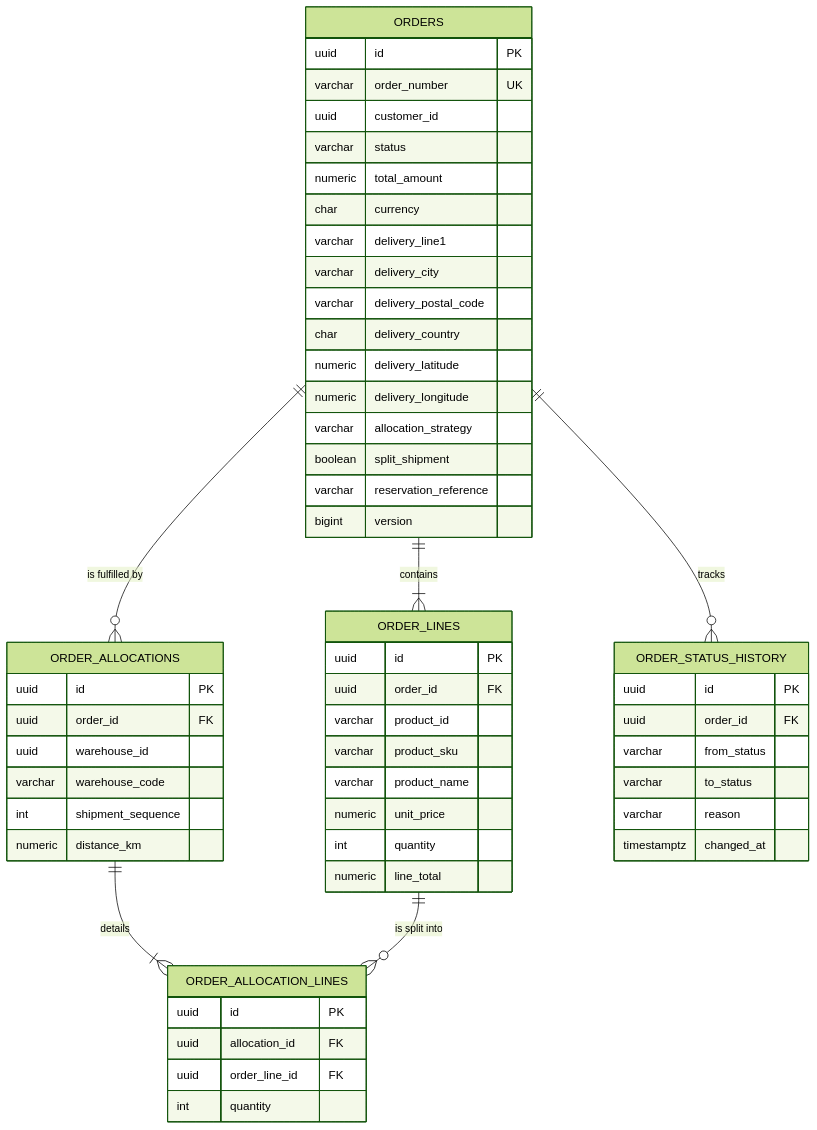
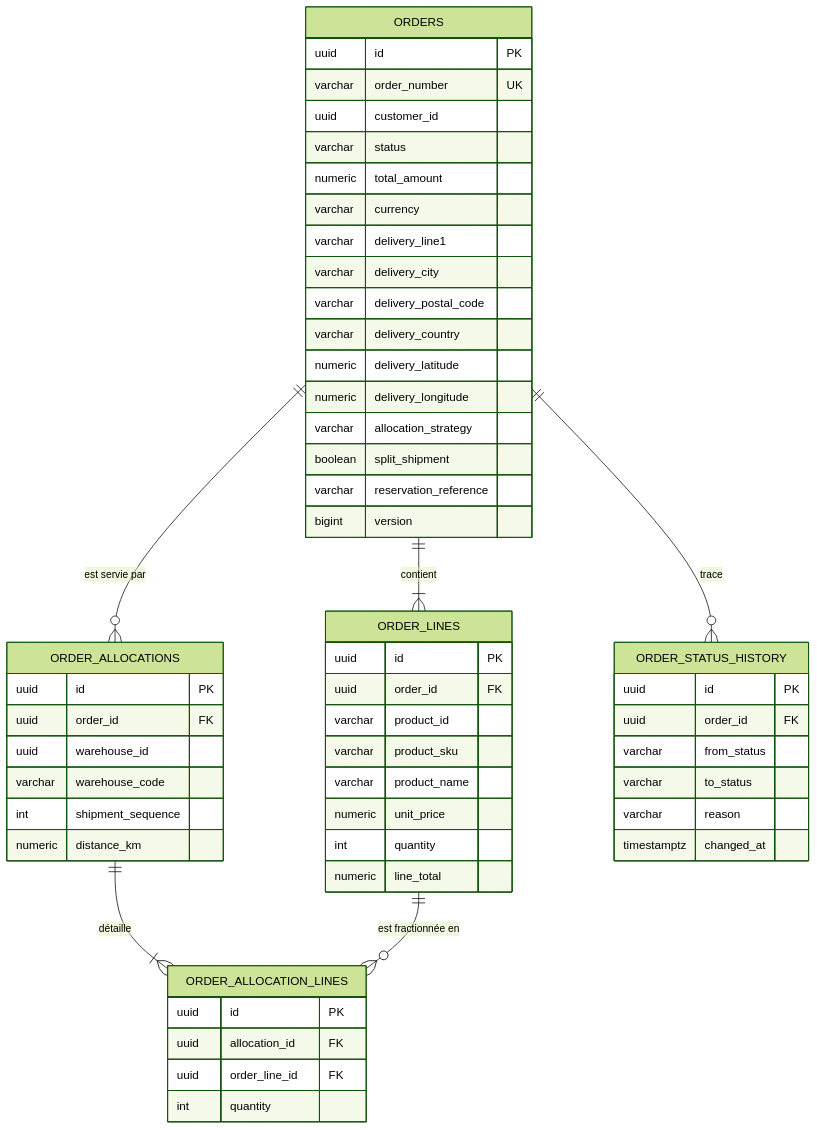
One commit to zakaech/logistics-microservices-platform changed the third of 3 diagrams in docs/02-data-model.md. Above: the diagram before and after it, drawn with Mermaid (forest theme). The commit also changed other lines of this file and 108 other files, not shown here.

````diff
--- a/docs/02-data-model.md
+++ b/docs/02-data-model.md
@@ -336,59 +342,59 @@
 ```mermaid
 erDiagram
-    ORDERS ||--|{ ORDER_LINES : contains
-    ORDERS ||--o{ ORDER_ALLOCATIONS : "is fulfilled by"
-    ORDERS ||--o{ ORDER_STATUS_HISTORY : tracks
-    ORDER_ALLOCATIONS ||--|{ ORDER_ALLOCATION_LINES : details
-    ORDER_LINES ||--o{ ORDER_ALLOCATION_LINES : "is split into"
+    ORDERS ||--|{ ORDER_LINES : "contient"
+    ORDERS ||--o{ ORDER_ALLOCATIONS : "est servie par"
+    ORDERS ||--o{ ORDER_STATUS_HISTORY : "trace"
+    ORDER_ALLOCATIONS ||--|{ ORDER_ALLOCATION_LINES : "détaille"
+    ORDER_LINES ||--o{ ORDER_ALLOCATION_LINES : "est fractionnée en"
 
     ORDERS {
         uuid id PK
         varchar order_number UK
         uuid customer_id
         varchar status
         numeric total_amount
-        char currency
+        varchar currency
         varchar delivery_line1
         varchar delivery_city
         varchar delivery_postal_code
-        char delivery_country
+        varchar delivery_country
         numeric delivery_latitude
         numeric delivery_longitude
         varchar allocation_strategy
         boolean split_shipment
         varchar reservation_reference
         bigint version
     }
     ORDER_LINES {
         uuid id PK
         uuid order_id FK
         varchar product_id
         varchar product_sku
         varchar product_name
         numeric unit_price
         int quantity
         numeric line_total
     }
     ORDER_ALLOCATIONS {
         uuid id PK
         uuid order_id FK
         uuid warehouse_id
         varchar warehouse_code
         int shipment_sequence
         numeric distance_km
     }
     ORDER_ALLOCATION_LINES {
         uuid id PK
         uuid allocation_id FK
         uuid order_line_id FK
         int quantity
     }
     ORDER_STATUS_HISTORY {
         uuid id PK
         uuid order_id FK
         varchar from_status
         varchar to_status
         varchar reason
         timestamptz changed_at
     }
 ```
````
